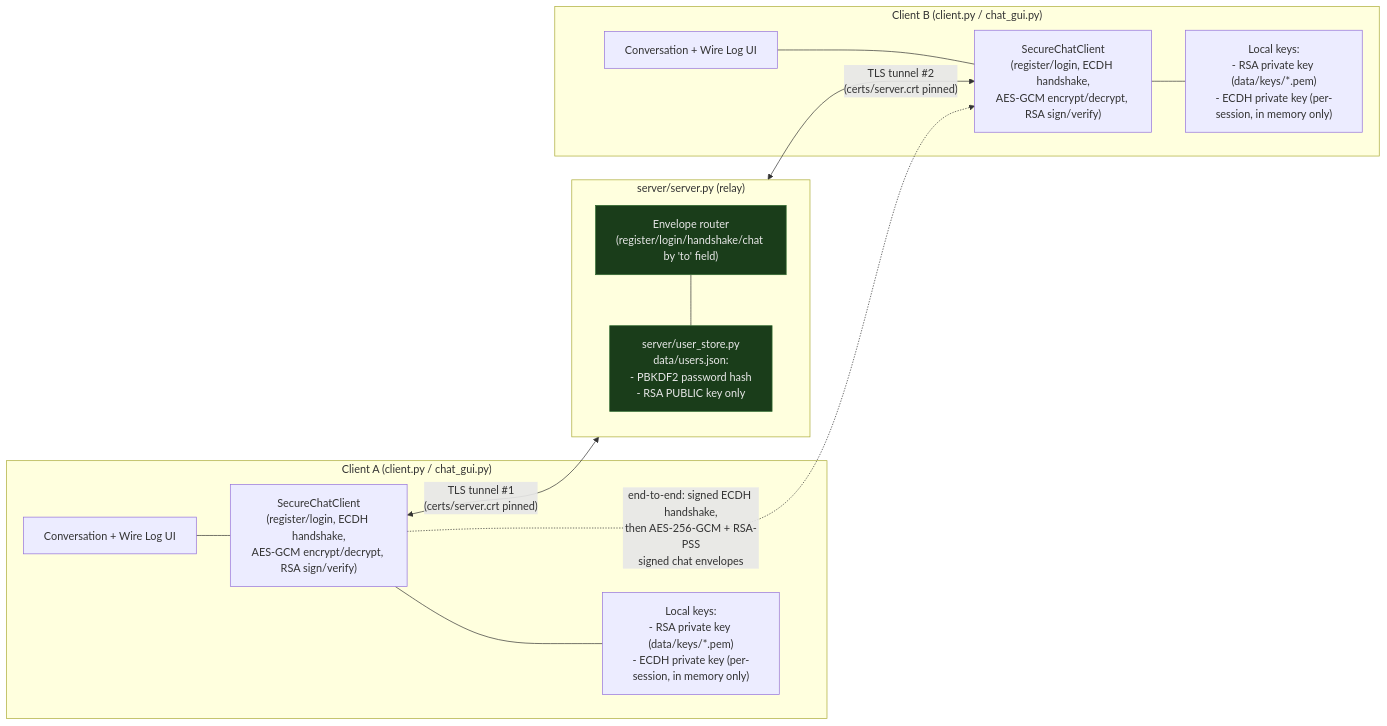
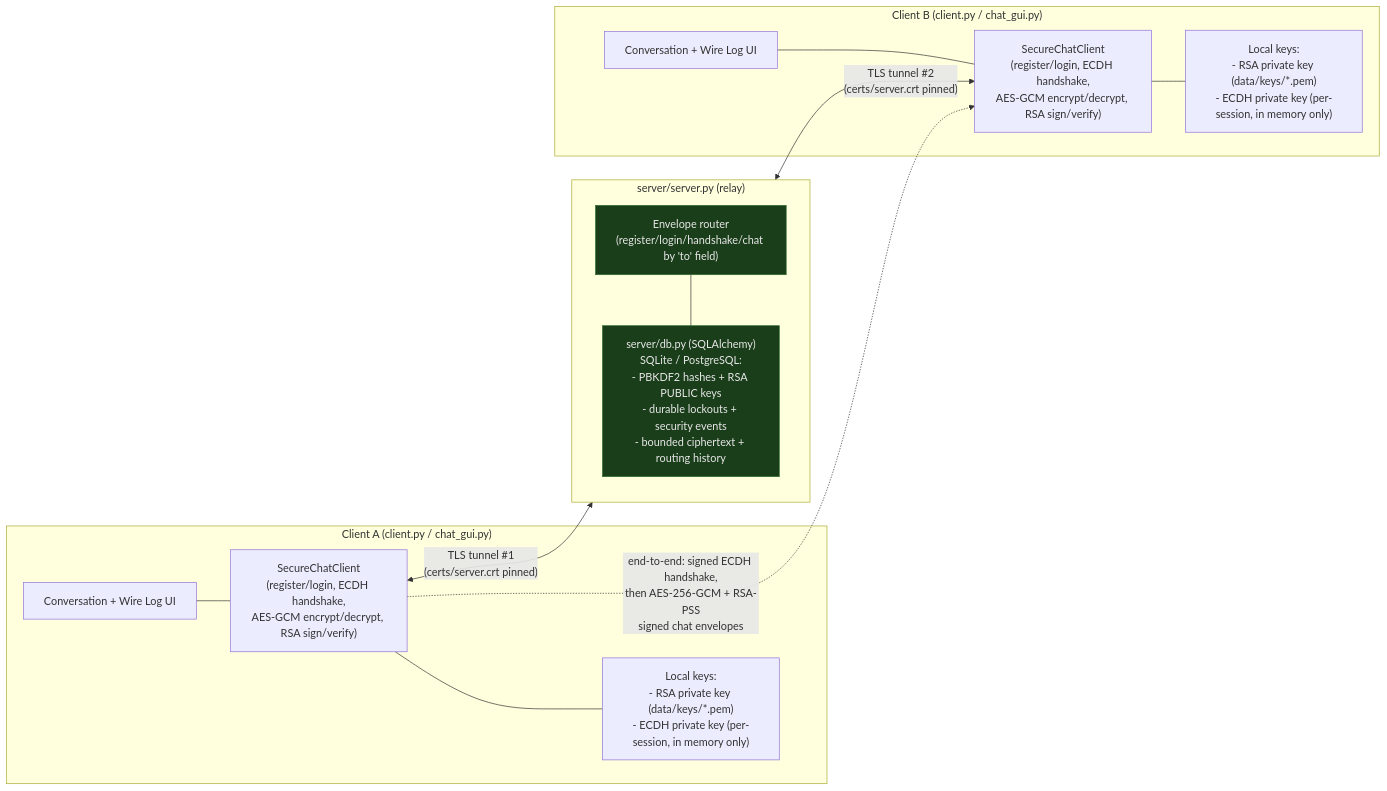
The diagram in docs/architecture.md (sharansp95-rgb/CNS-Project), drawn with Mermaid before and after one commit. The commit also changed other lines of this file and 12 other files, not shown here.

````diff
--- a/docs/architecture.md
+++ b/docs/architecture.md
@@ -22,33 +22,33 @@
 ```mermaid
 flowchart LR
     subgraph ClientA["Client A (client.py / chat_gui.py)"]
         A_UI["Conversation + Wire Log UI"]
         A_Logic["SecureChatClient\n(register/login, ECDH handshake,\nAES-GCM encrypt/decrypt, RSA sign/verify)"]
         A_Keys["Local keys:\n- RSA private key (data/keys/*.pem)\n- ECDH private key (per-session, in memory only)"]
         A_UI --- A_Logic
         A_Logic --- A_Keys
     end
 
     subgraph ClientB["Client B (client.py / chat_gui.py)"]
         B_UI["Conversation + Wire Log UI"]
         B_Logic["SecureChatClient\n(register/login, ECDH handshake,\nAES-GCM encrypt/decrypt, RSA sign/verify)"]
         B_Keys["Local keys:\n- RSA private key (data/keys/*.pem)\n- ECDH private key (per-session, in memory only)"]
         B_UI --- B_Logic
         B_Logic --- B_Keys
     end
 
     subgraph Server["server/server.py (relay)"]
         S_Route["Envelope router\n(register/login/handshake/chat by 'to' field)"]
-        S_Store["server/user_store.py\ndata/users.json:\n- PBKDF2 password hash\n- RSA PUBLIC key only"]
+        S_Store["server/db.py (SQLAlchemy)\nSQLite / PostgreSQL:\n- PBKDF2 hashes + RSA PUBLIC keys\n- durable lockouts + security events\n- bounded ciphertext + routing history"]
         S_Route --- S_Store
     end
 
     A_Logic <-->|"TLS tunnel #1\n(certs/server.crt pinned)"| Server
     Server <-->|"TLS tunnel #2\n(certs/server.crt pinned)"| B_Logic
 
     A_Logic -.->|"end-to-end: signed ECDH handshake,\nthen AES-256-GCM + RSA-PSS\nsigned chat envelopes"| B_Logic
 
     classDef canSee fill:#1a3d1a,color:#e8e8e8,stroke:#2f6b2f;
     classDef cannotSee fill:#3d1a1a,color:#e8e8e8,stroke:#6b2f2f;
     class S_Route,S_Store canSee;
 ```
````
